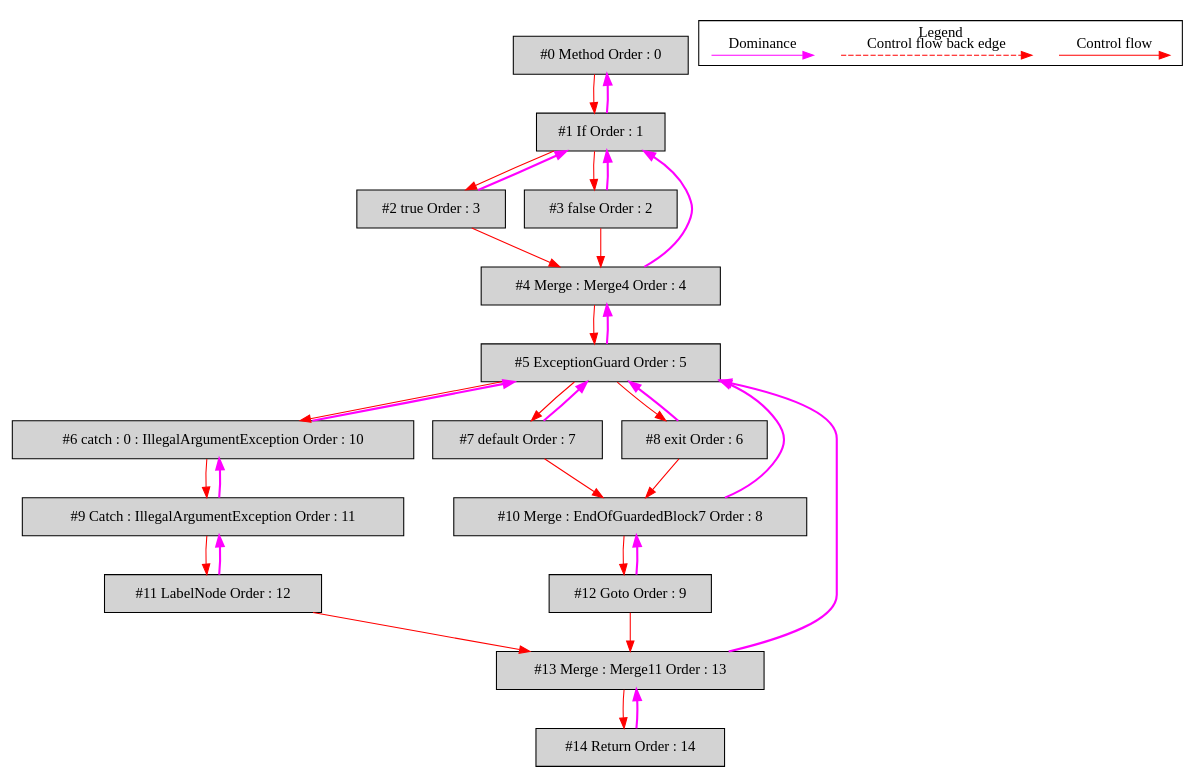
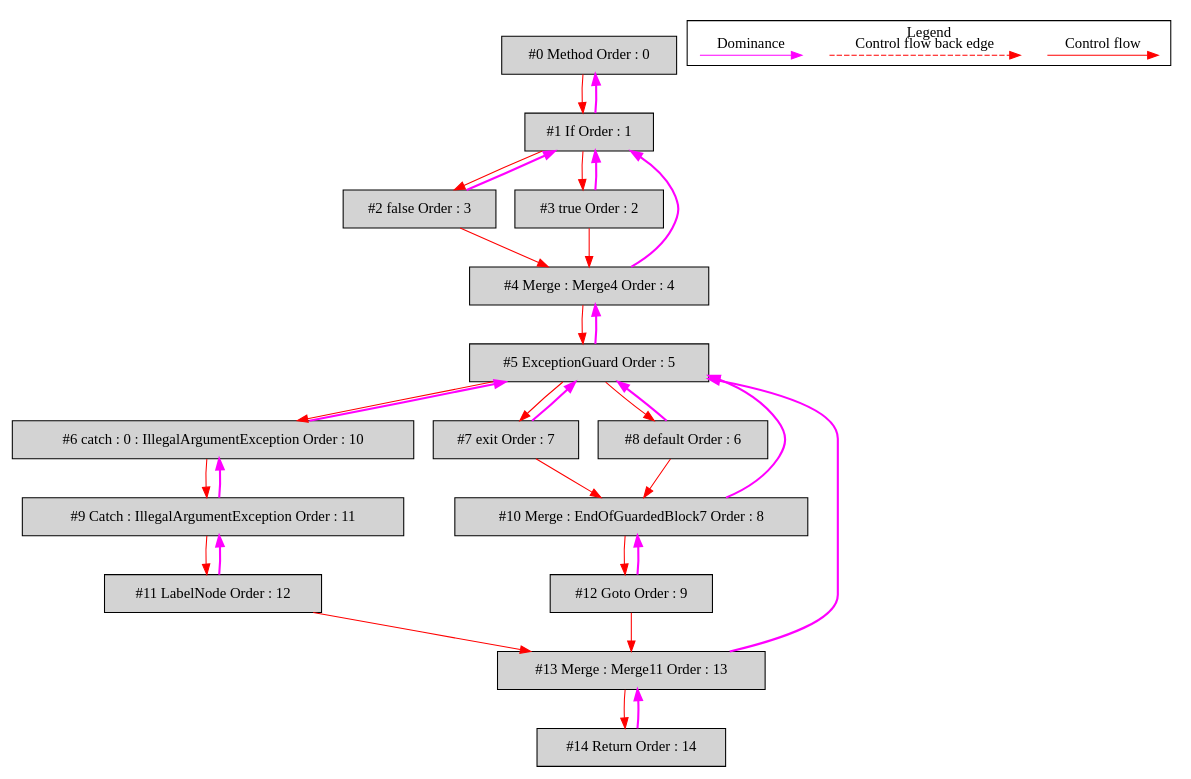
One commit to mirkosertic/MetaIR changed the diagram in de.mirkosertic.metair.ir.OpcodeTryCatchTest/test_MergeWithTryCatch/ir_cfg_dominatortree.dot. Above: the diagram before and after it, drawn with Graphviz. The commit also changed 1499 other files, not shown here.

```diff
--- a/de.mirkosertic.metair.ir.OpcodeTryCatchTest/test_MergeWithTryCatch/ir_cfg_dominatortree.dot
+++ b/de.mirkosertic.metair.ir.OpcodeTryCatchTest/test_MergeWithTryCatch/ir_cfg_dominatortree.dot
@@ -1,67 +1,67 @@
 digraph debugoutput {
  ordering="in";
  node0[label="#0 Method Order : 0",shape=box, fillcolor=lightgrey, style=filled];
  node1[label="#1 If Order : 1",shape=box, fillcolor=lightgrey, style=filled];
  node1 -> node0[dir="forward" color="fuchsia" penwidth="2"];
  node0 -> node1[labeldistance=2, color=red, fontcolor=red];
- node2[label="#2 true Order : 3",shape=box, fillcolor=lightgrey, style=filled];
+ node2[label="#2 false Order : 3",shape=box, fillcolor=lightgrey, style=filled];
  node2 -> node1[dir="forward" color="fuchsia" penwidth="2"];
  node1 -> node2[labeldistance=2, color=red, fontcolor=red];
- node3[label="#3 false Order : 2",shape=box, fillcolor=lightgrey, style=filled];
+ node3[label="#3 true Order : 2",shape=box, fillcolor=lightgrey, style=filled];
  node3 -> node1[dir="forward" color="fuchsia" penwidth="2"];
  node1 -> node3[labeldistance=2, color=red, fontcolor=red];
  node4[label="#4 Merge : Merge4 Order : 4",shape=box, fillcolor=lightgrey, style=filled];
  node4 -> node1[dir="forward" color="fuchsia" penwidth="2"];
+ node3 -> node4[labeldistance=2, color=red, fontcolor=red];
  node2 -> node4[labeldistance=2, color=red, fontcolor=red];
- node3 -> node4[labeldistance=2, color=red, fontcolor=red];
  node5[label="#5 ExceptionGuard Order : 5",shape=box, fillcolor=lightgrey, style=filled];
  node5 -> node4[dir="forward" color="fuchsia" penwidth="2"];
  node4 -> node5[labeldistance=2, color=red, fontcolor=red];
  node6[label="#6 catch : 0 : IllegalArgumentException Order : 10",shape=box, fillcolor=lightgrey, style=filled];
  node6 -> node5[dir="forward" color="fuchsia" penwidth="2"];
  node5 -> node6[labeldistance=2, color=red, fontcolor=red];
- node7[label="#7 default Order : 7",shape=box, fillcolor=lightgrey, style=filled];
+ node7[label="#7 exit Order : 7",shape=box, fillcolor=lightgrey, style=filled];
  node7 -> node5[dir="forward" color="fuchsia" penwidth="2"];
  node5 -> node7[labeldistance=2, color=red, fontcolor=red];
- node8[label="#8 exit Order : 6",shape=box, fillcolor=lightgrey, style=filled];
+ node8[label="#8 default Order : 6",shape=box, fillcolor=lightgrey, style=filled];
  node8 -> node5[dir="forward" color="fuchsia" penwidth="2"];
  node5 -> node8[labeldistance=2, color=red, fontcolor=red];
  node9[label="#9 Catch : IllegalArgumentException Order : 11",shape=box, fillcolor=lightgrey, style=filled];
  node9 -> node6[dir="forward" color="fuchsia" penwidth="2"];
  node6 -> node9[labeldistance=2, color=red, fontcolor=red];
  node10[label="#10 Merge : EndOfGuardedBlock7 Order : 8",shape=box, fillcolor=lightgrey, style=filled];
  node10 -> node5[dir="forward" color="fuchsia" penwidth="2"];
+ node8 -> node10[labeldistance=2, color=red, fontcolor=red];
  node7 -> node10[labeldistance=2, color=red, fontcolor=red];
- node8 -> node10[labeldistance=2, color=red, fontcolor=red];
  node11[label="#11 LabelNode Order : 12",shape=box, fillcolor=lightgrey, style=filled];
  node11 -> node9[dir="forward" color="fuchsia" penwidth="2"];
  node9 -> node11[labeldistance=2, color=red, fontcolor=red];
  node12[label="#12 Goto Order : 9",shape=box, fillcolor=lightgrey, style=filled];
  node12 -> node10[dir="forward" color="fuchsia" penwidth="2"];
  node10 -> node12[labeldistance=2, color=red, fontcolor=red];
  node13[label="#13 Merge : Merge11 Order : 13",shape=box, fillcolor=lightgrey, style=filled];
  node13 -> node5[dir="forward" color="fuchsia" penwidth="2"];
  node12 -> node13[labeldistance=2, color=red, fontcolor=red];
  node11 -> node13[labeldistance=2, color=red, fontcolor=red];
  node14[label="#14 Return Order : 14",shape=box, fillcolor=lightgrey, style=filled];
  node14 -> node13[dir="forward" color="fuchsia" penwidth="2"];
  node13 -> node14[labeldistance=2, color=red, fontcolor=red];
  subgraph cluster_000 {
   label = "Legend";
   node [shape=point]
   {
    rank=same;
    c0 [style = invis];
    c1 [style = invis];
    c2 [style = invis];
    c3 [style = invis];
    d8 [style = invis];
    d9 [style = invis];
 
   }
   c0 -> c1 [label="Control flow", style=solid, color=red]
   c2 -> c3 [label="Control flow back edge", style=dashed, color=red]
   d8 -> d9 [label="Dominance", color=fuchsia, style=solid]
  }
 
 }
```
